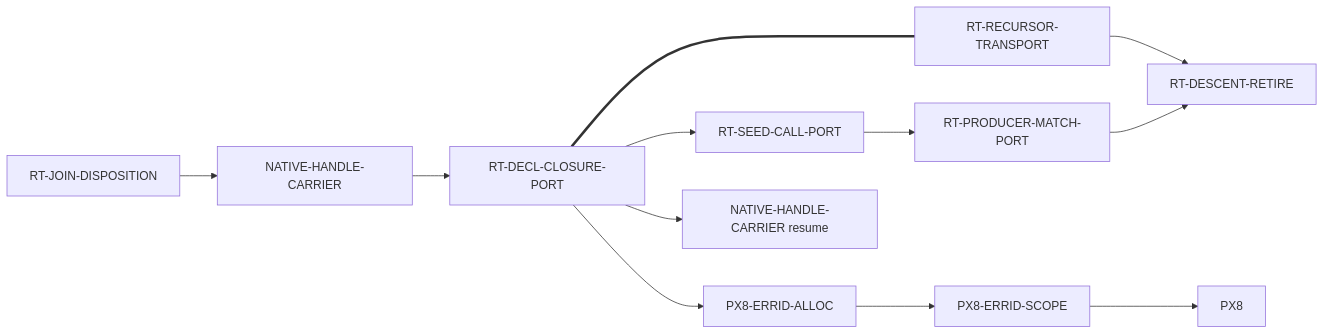
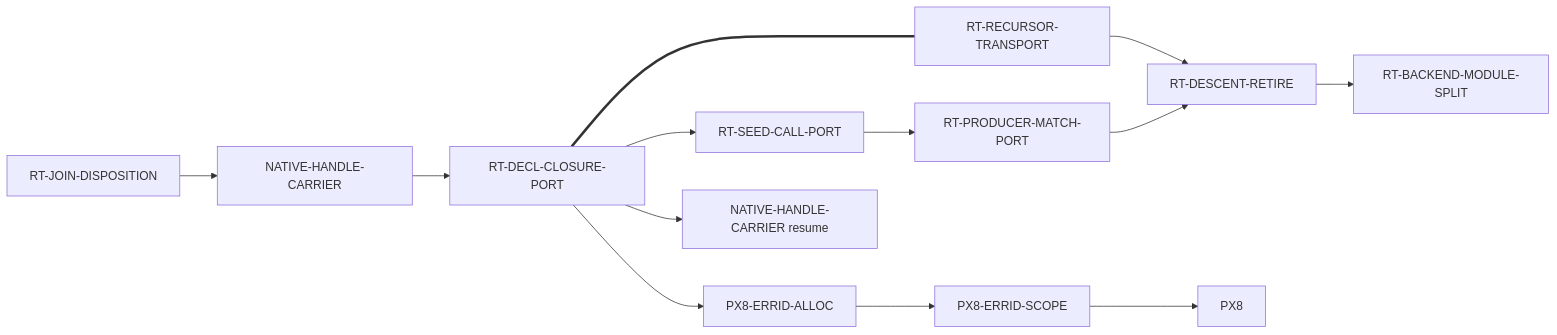
The diagram in docs/program/16-recursive-descent-retirement.md (ken-topos/ken), drawn with Mermaid before and after one commit. The commit also changed other lines of this file and 2 other files, not shown here.

````diff
--- a/docs/program/16-recursive-descent-retirement.md
+++ b/docs/program/16-recursive-descent-retirement.md
@@ -313,14 +313,15 @@
 ```mermaid
 graph LR
   JD[RT-JOIN-DISPOSITION] --> NHC[NATIVE-HANDLE-CARRIER]
   NHC --> DCP[RT-DECL-CLOSURE-PORT]
   DCP --> SCP[RT-SEED-CALL-PORT]
   SCP --> PMP[RT-PRODUCER-MATCH-PORT]
   DCP === RXT[RT-RECURSOR-TRANSPORT]
   RXT --> RET[RT-DESCENT-RETIRE]
   PMP --> RET
+  RET --> SPLIT[RT-BACKEND-MODULE-SPLIT]
   DCP --> ALLOC[PX8-ERRID-ALLOC]
   DCP --> NHC2[NATIVE-HANDLE-CARRIER resume]
   ALLOC --> SCOPE[PX8-ERRID-SCOPE]
   SCOPE --> PX8
 ```
````
